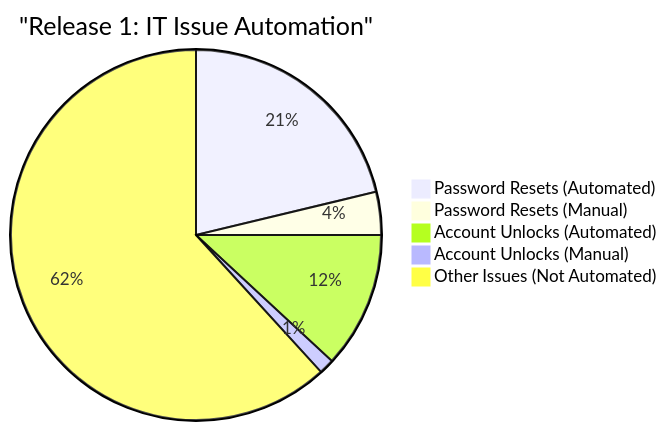
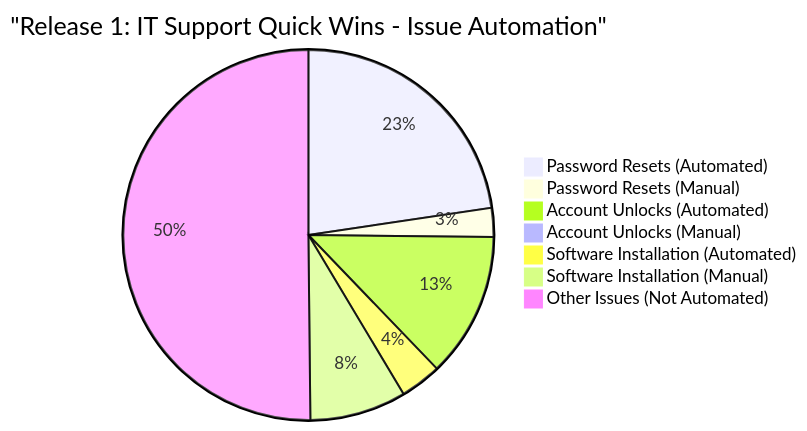
Before and after one commit to ME-ai-agents/docs_prod: diagram 45 of 56 in ME.AI_FDD_v14.md, drawn with Mermaid. The commit also changed other lines of this file, not shown here.

````diff
--- a/ME.AI_FDD_v14.md
+++ b/ME.AI_FDD_v14.md
@@ -3338,8 +3432,10 @@
 ```mermaid
-pie title "Release 1: IT Issue Automation"
-    "Password Resets (Automated)" : 13175
-    "Password Resets (Manual)" : 2325
-    "Account Unlocks (Automated)" : 7380
-    "Account Unlocks (Manual)" : 820
-    "Other Issues (Not Automated)" : 38300
+pie title "Release 1: IT Support Quick Wins - Issue Automation"
+    "Password Resets (Automated)" : 13950
+    "Password Resets (Manual)" : 1550
+    "Account Unlocks (Automated)" : 7790
+    "Account Unlocks (Manual)" : 410
+    "Software Installation (Automated)" : 2220
+    "Software Installation (Manual)" : 5180
+    "Other Issues (Not Automated)" : 30900
 ```
````
